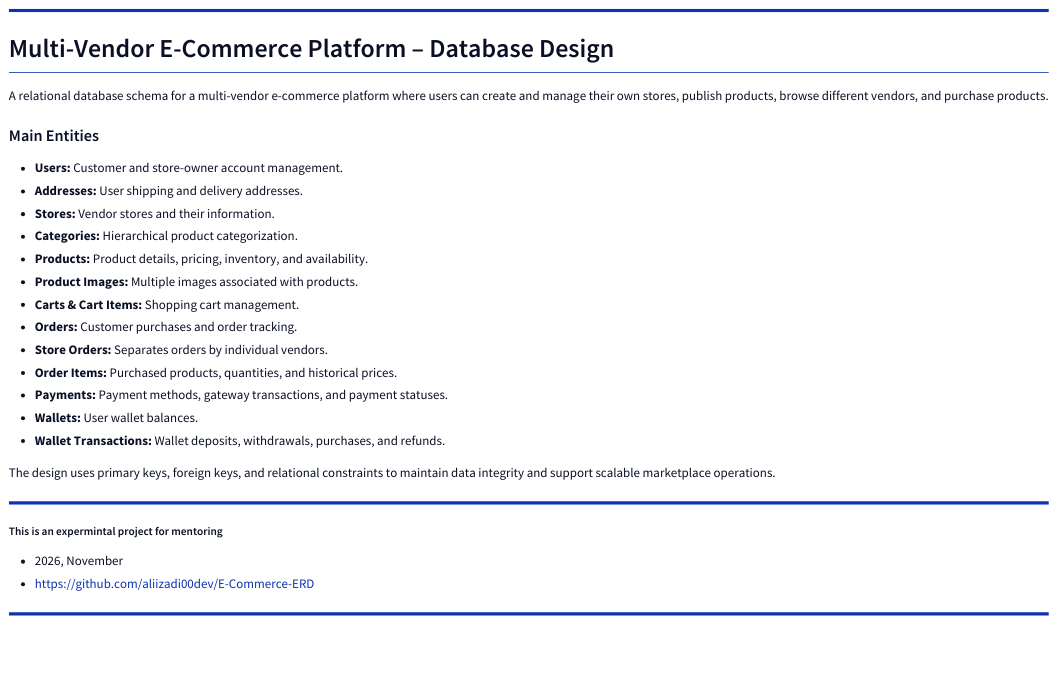
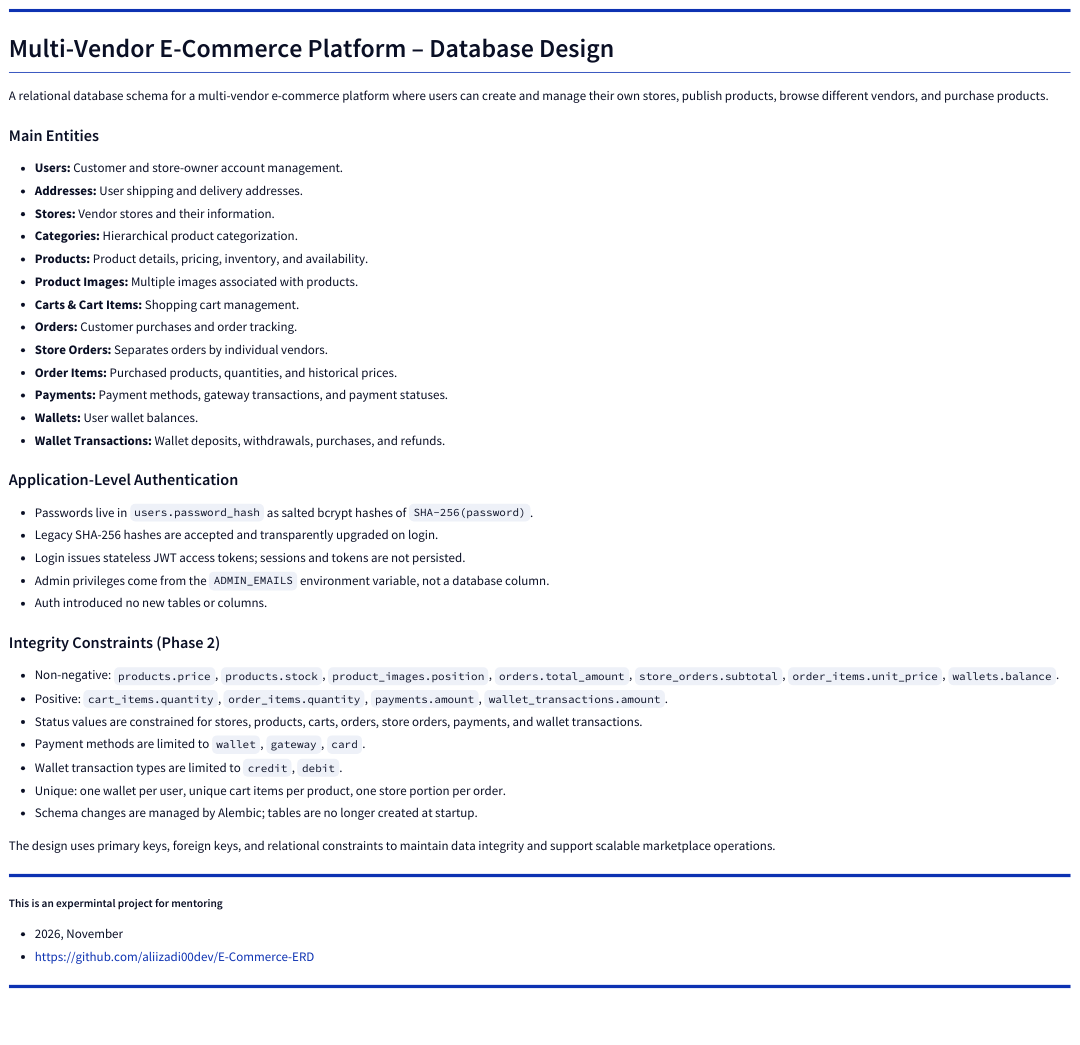
The diagram in footnote.d2 (aliizadi00dev/E-Commerce-ERD), drawn with D2 before and after one commit. The commit also changed 3 other files, not shown here.

Commit message:
feat: phase 2 completed (Alembic - schema constraints - stricter validation)

```diff
--- a/footnote.d2
+++ b/footnote.d2
@@ -1,30 +1,53 @@
 footnote: |md
   ----
   # Multi-Vendor E-Commerce Platform – Database Design
 
   A relational database schema for a multi-vendor e-commerce platform where users can create and manage their own stores, publish products, browse different vendors, and purchase products.
 
   ### Main Entities
 
   - **Users:** Customer and store-owner account management.
   - **Addresses:** User shipping and delivery addresses.
   - **Stores:** Vendor stores and their information.
   - **Categories:** Hierarchical product categorization.
   - **Products:** Product details, pricing, inventory, and availability.
   - **Product Images:** Multiple images associated with products.
   - **Carts & Cart Items:** Shopping cart management.
   - **Orders:** Customer purchases and order tracking.
   - **Store Orders:** Separates orders by individual vendors.
   - **Order Items:** Purchased products, quantities, and historical prices.
   - **Payments:** Payment methods, gateway transactions, and payment statuses.
   - **Wallets:** User wallet balances.
   - **Wallet Transactions:** Wallet deposits, withdrawals, purchases, and refunds.
 
+  ### Application-Level Authentication
+
+  - Passwords live in `users.password_hash` as salted bcrypt hashes of `SHA-256(password)`.
+  - Legacy SHA-256 hashes are accepted and transparently upgraded on login.
+  - Login issues stateless JWT access tokens; sessions and tokens are not persisted.
+  - Admin privileges come from the `ADMIN_EMAILS` environment variable, not a database column.
+  - Auth introduced no new tables or columns.
+
+  ### Integrity Constraints (Phase 2)
+
+  - Non-negative: `products.price`, `products.stock`, `product_images.position`,
+    `orders.total_amount`, `store_orders.subtotal`, `order_items.unit_price`,
+    `wallets.balance`.
+  - Positive: `cart_items.quantity`, `order_items.quantity`, `payments.amount`,
+    `wallet_transactions.amount`.
+  - Status values are constrained for stores, products, carts, orders, store orders,
+    payments, and wallet transactions.
+  - Payment methods are limited to `wallet`, `gateway`, `card`.
+  - Wallet transaction types are limited to `credit`, `debit`.
+  - Unique: one wallet per user, unique cart items per product, one store portion
+    per order.
+  - Schema changes are managed by Alembic; tables are no longer created at startup.
+
   The design uses primary keys, foreign keys, and relational constraints to maintain data integrity and support scalable marketplace operations.
 
   ----
   ##### This is an expermintal project for mentoring
   - 2026, November
   - [https://github.com/aliizadi00dev/E-Commerce-ERD](https://github.com/aliizadi00dev/E-Commerce-ERD)
   ----
 |
```
